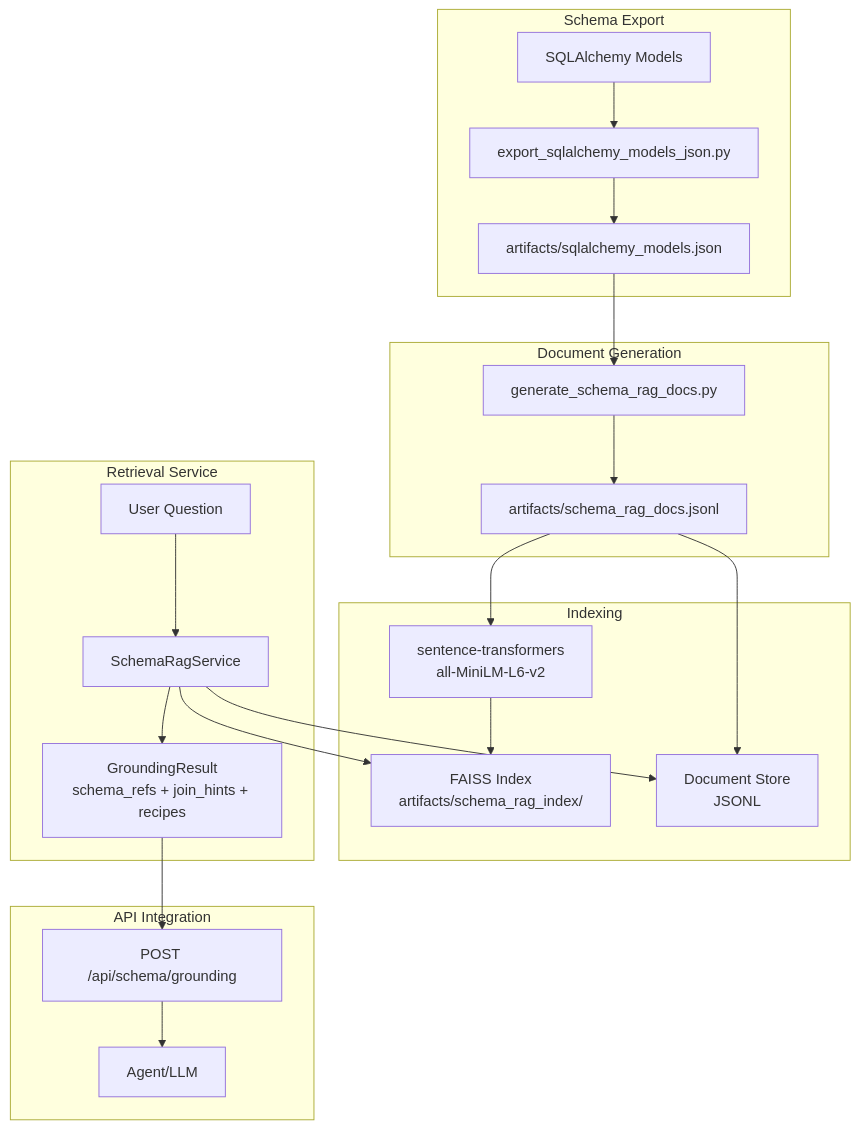
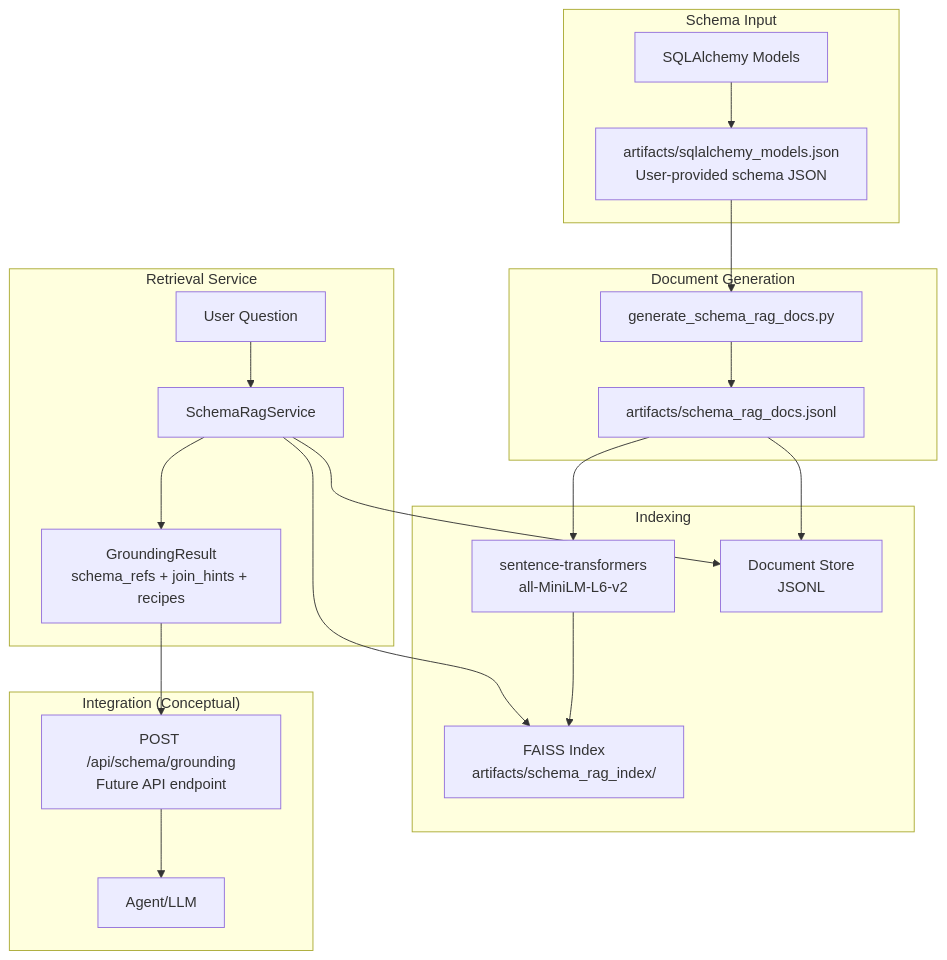
Before and after one commit to csmangum/schema-rag: the diagram in docs/SCHEMA_RAG.md, drawn with Mermaid. The commit also changed other lines of this file, not shown here.

First line of the commit message:
Update Schema RAG documentation to clarify schema input requirements

````diff
--- a/docs/SCHEMA_RAG.md
+++ b/docs/SCHEMA_RAG.md
@@ -9,30 +9,29 @@
 ```mermaid
 graph TB
-    subgraph "Schema Export"
-        Models[SQLAlchemy Models] --> ExportScript[export_sqlalchemy_models_json.py]
-        ExportScript --> SchemaJSON[artifacts/sqlalchemy_models.json]
+    subgraph "Schema Input"
+        Models[SQLAlchemy Models] --> SchemaJSON[artifacts/sqlalchemy_models.json<br/>User-provided schema JSON]
     end
     
     subgraph "Document Generation"
         SchemaJSON --> DocGen[generate_schema_rag_docs.py]
         DocGen --> DocsJSONL[artifacts/schema_rag_docs.jsonl]
     end
     
     subgraph "Indexing"
         DocsJSONL --> EmbedModel[sentence-transformers<br/>all-MiniLM-L6-v2]
         EmbedModel --> FAISSIndex[FAISS Index<br/>artifacts/schema_rag_index/]
         DocsJSONL --> DocStore[Document Store<br/>JSONL]
     end
     
     subgraph "Retrieval Service"
         Query[User Question] --> SchemaRagService[SchemaRagService]
         SchemaRagService --> FAISSIndex
         SchemaRagService --> DocStore
         SchemaRagService --> GroundingResult[GroundingResult<br/>schema_refs + join_hints + recipes]
     end
     
-    subgraph "API Integration"
-        GroundingResult --> APIEndpoint[POST /api/schema/grounding]
+    subgraph "Integration (Conceptual)"
+        GroundingResult --> APIEndpoint[POST /api/schema/grounding<br/>Future API endpoint]
         APIEndpoint --> Agent[Agent/LLM]
     end
 ```
````
